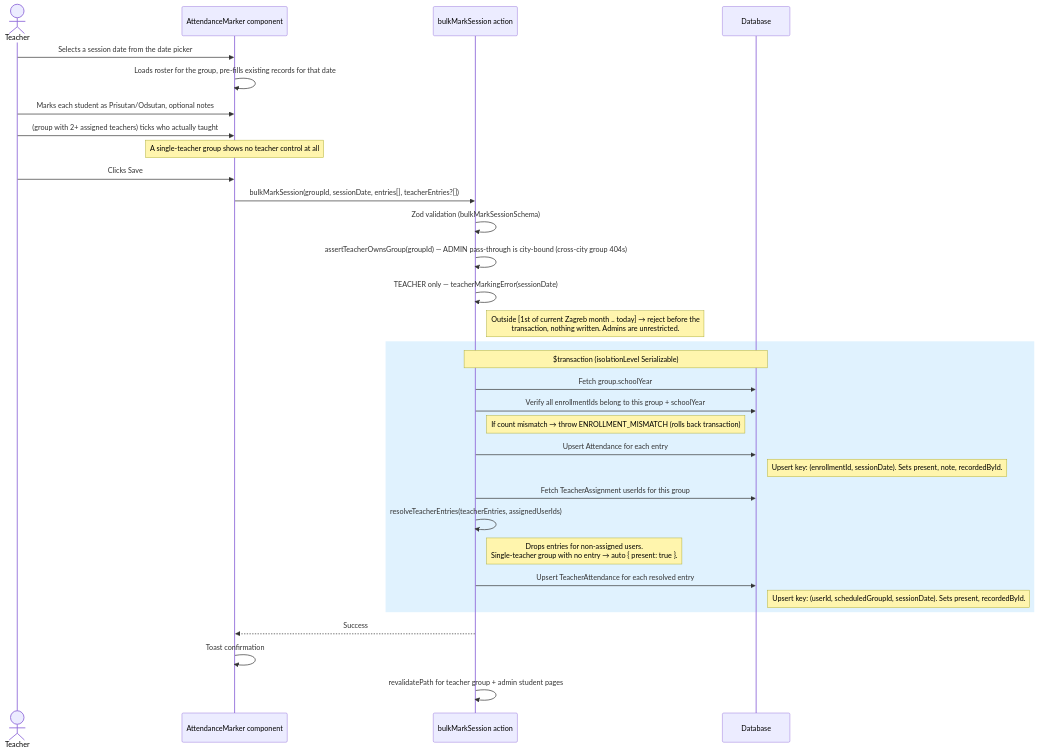
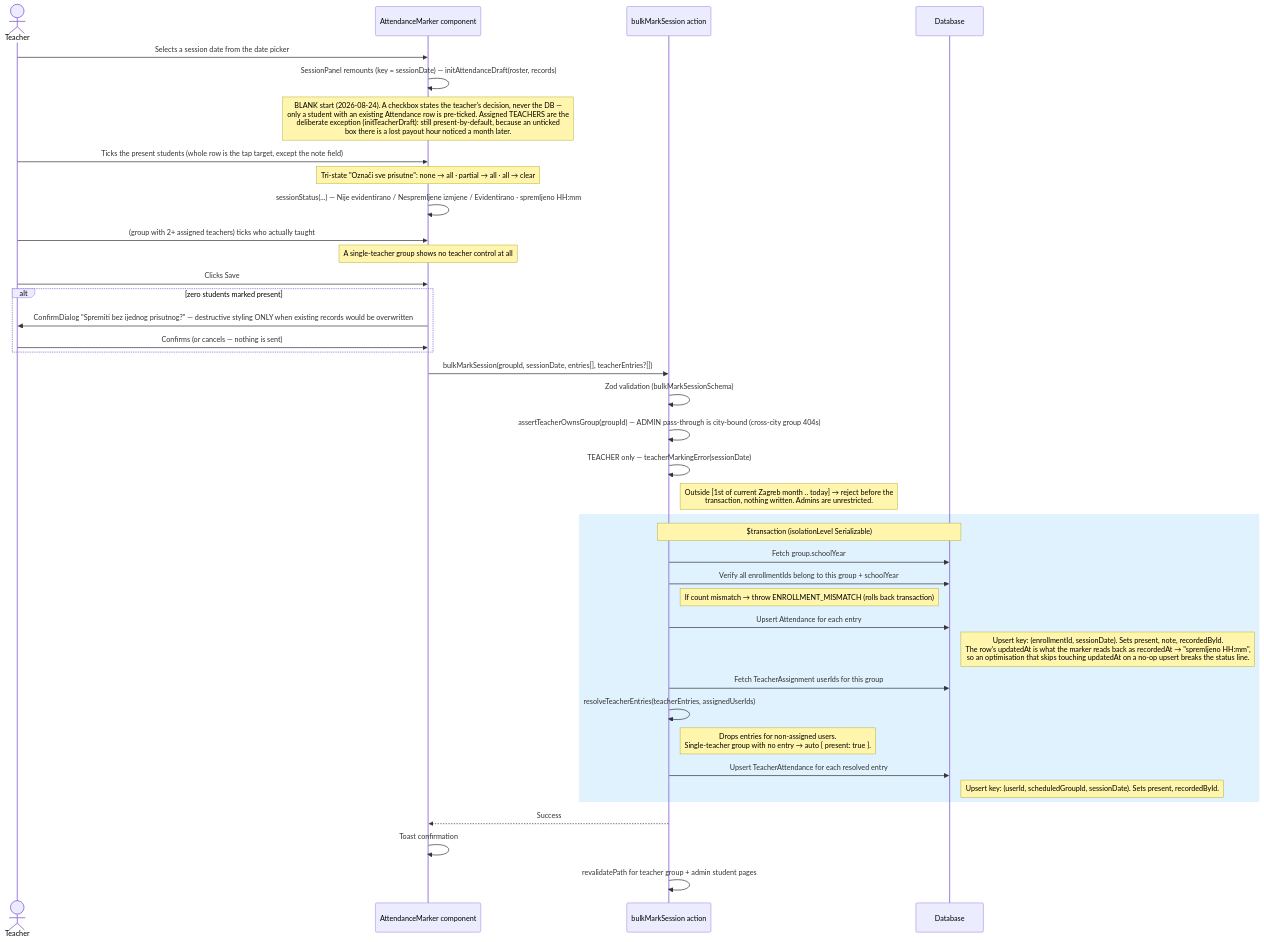
The seventh of 10 diagrams in docs/diagrams/attendance-flow.md (jpucic00/inovatic), drawn with Mermaid before and after one commit. The commit also changed other lines of this file and 11 other files, not shown here.

````diff
--- a/docs/diagrams/attendance-flow.md
+++ b/docs/diagrams/attendance-flow.md
@@ -148,40 +148,47 @@
 ```mermaid
 sequenceDiagram
     actor Teacher
     participant UI as AttendanceMarker component
     participant Server as bulkMarkSession action
     participant DB as Database
 
     Teacher->>UI: Selects a session date from the date picker
-    UI->>UI: Loads roster for the group, pre-fills existing records for that date
+    UI->>UI: SessionPanel remounts (key = sessionDate) — initAttendanceDraft(roster, records)
+    Note over UI: BLANK start (2026-08-24). A checkbox states the teacher's decision, never the DB —<br/>only a student with an existing Attendance row is pre-ticked. Assigned TEACHERS are the<br/>deliberate exception (initTeacherDraft): still present-by-default, because an unticked<br/>box there is a lost payout hour noticed a month later.
 
-    Teacher->>UI: Marks each student as Prisutan/Odsutan, optional notes
+    Teacher->>UI: Ticks the present students (whole row is the tap target, except the note field)
+    Note over UI: Tri-state "Označi sve prisutne": none → all · partial → all · all → clear
+    UI->>UI: sessionStatus(...) — Nije evidentirano / Nespremljene izmjene / Evidentirano · spremljeno HH:mm
     Teacher->>UI: (group with 2+ assigned teachers) ticks who actually taught
     Note over UI: A single-teacher group shows no teacher control at all
     Teacher->>UI: Clicks Save
+    alt zero students marked present
+        UI->>Teacher: ConfirmDialog "Spremiti bez ijednog prisutnog?" — destructive styling ONLY when existing records would be overwritten
+        Teacher->>UI: Confirms (or cancels — nothing is sent)
+    end
 
     UI->>Server: bulkMarkSession(groupId, sessionDate, entries[], teacherEntries?[])
 
     Server->>Server: Zod validation (bulkMarkSessionSchema)
     Server->>Server: assertTeacherOwnsGroup(groupId) — ADMIN pass-through is city-bound (cross-city group 404s)
     Server->>Server: TEACHER only — teacherMarkingError(sessionDate)
     Note right of Server: Outside [1st of current Zagreb month .. today] → reject before the<br/>transaction, nothing written. Admins are unrestricted.
 
     rect rgb(224, 242, 254)
         Note over Server,DB: $transaction (isolationLevel Serializable)
         Server->>DB: Fetch group.schoolYear
         Server->>DB: Verify all enrollmentIds belong to this group + schoolYear
         Note right of Server: If count mismatch → throw ENROLLMENT_MISMATCH (rolls back transaction)
         Server->>DB: Upsert Attendance for each entry
-        Note right of DB: Upsert key: (enrollmentId, sessionDate). Sets present, note, recordedById.
+        Note right of DB: Upsert key: (enrollmentId, sessionDate). Sets present, note, recordedById.<br/>The row's updatedAt is what the marker reads back as recordedAt → "spremljeno HH:mm",<br/>so an optimisation that skips touching updatedAt on a no-op upsert breaks the status line.
         Server->>DB: Fetch TeacherAssignment userIds for this group
         Server->>Server: resolveTeacherEntries(teacherEntries, assignedUserIds)
         Note right of Server: Drops entries for non-assigned users.<br/>Single-teacher group with no entry → auto { present: true }.
         Server->>DB: Upsert TeacherAttendance for each resolved entry
         Note right of DB: Upsert key: (userId, scheduledGroupId, sessionDate). Sets present, recordedById.
     end
 
     Server-->>UI: Success
     UI->>UI: Toast confirmation
     Server->>Server: revalidatePath for teacher group + admin student pages
 ```
````
